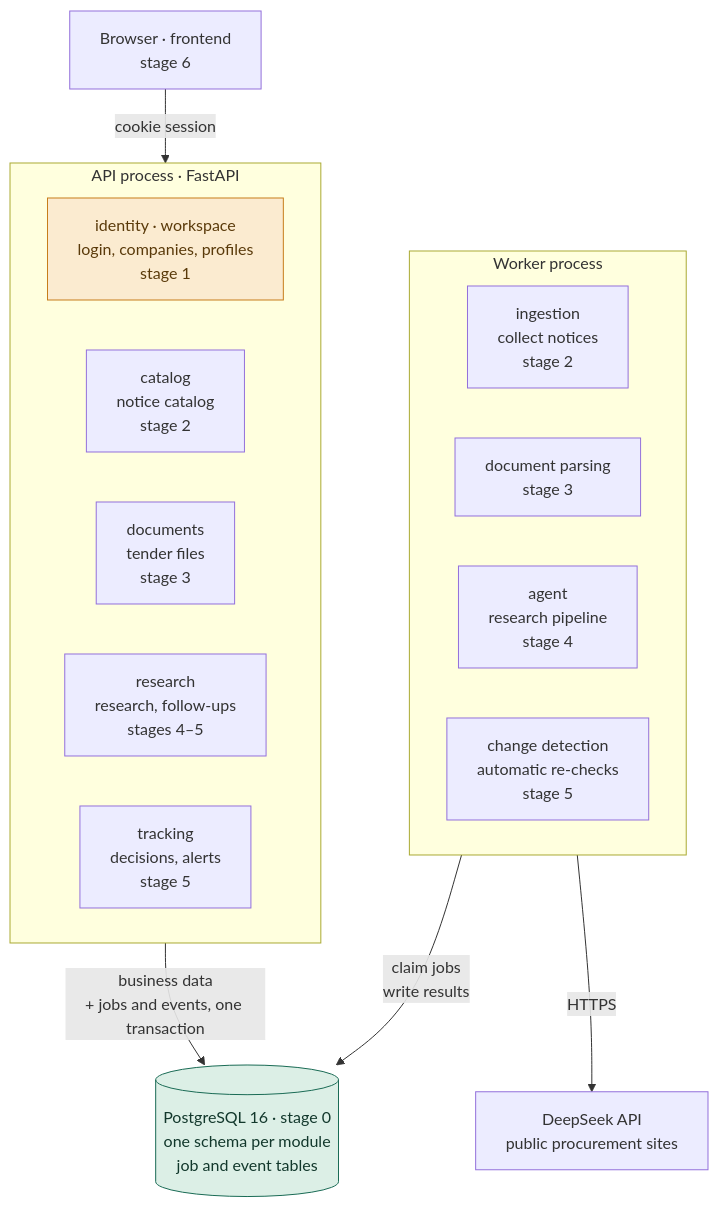
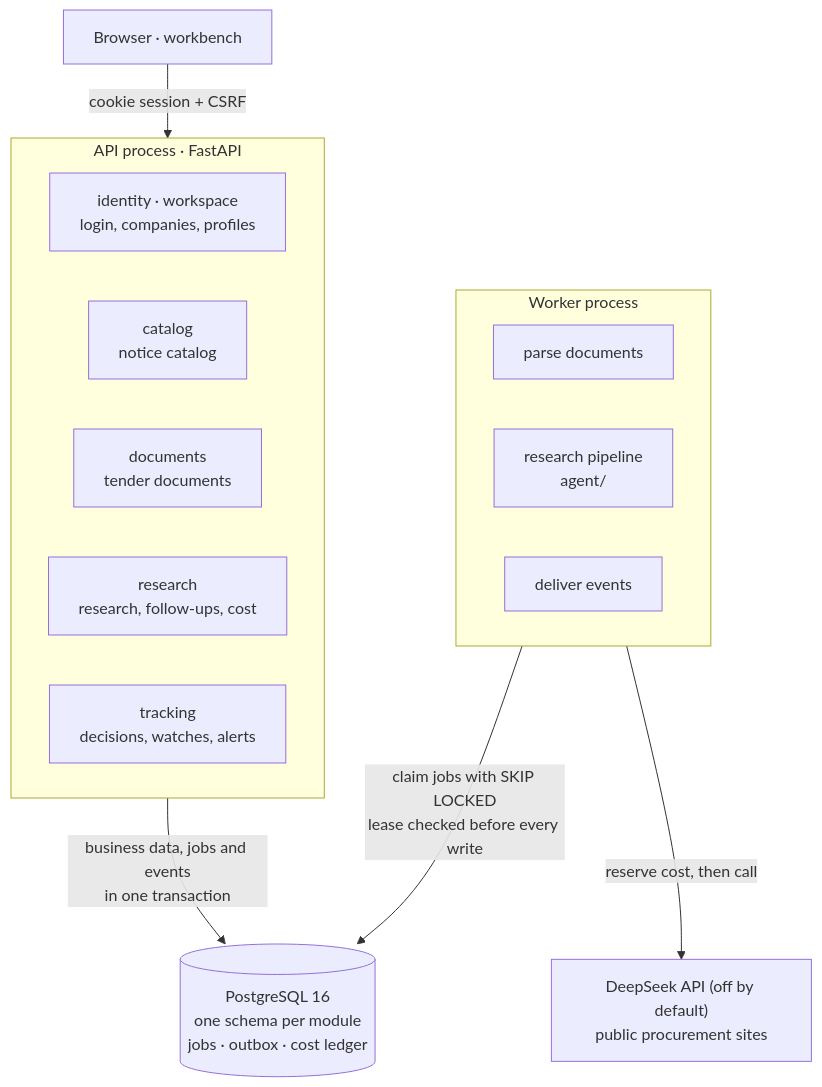
One commit to chasen2041maker/BidRadar changed the second of 2 diagrams in README.en.md. Above: the diagram before and after it, drawn with Mermaid. The commit also changed other lines of this file and 193 other files, not shown here.

First line of the commit message:
feat(v2): stage 6 front end on the new API, remove the old code, rewrite docs

````diff
--- a/README.en.md
+++ b/README.en.md
@@ -54,27 +106,24 @@
 ```mermaid
 flowchart TB
-    web["Browser · frontend<br/>stage 6"]
-    subgraph API["API process · FastAPI"]
-        m1["identity · workspace<br/>login, companies, profiles<br/>stage 1"]
-        m2["catalog<br/>notice catalog<br/>stage 2"]
-        m3["documents<br/>tender files<br/>stage 3"]
-        m4["research<br/>research, follow-ups<br/>stages 4–5"]
-        m5["tracking<br/>decisions, alerts<br/>stage 5"]
+    browser["Browser · workbench"]
+    subgraph api["API process · FastAPI"]
+        direction LR
+        m1["identity · workspace<br/>login, companies, profiles"]
+        m2["catalog<br/>notice catalog"]
+        m3["documents<br/>tender documents"]
+        m4["research<br/>research, follow-ups, cost"]
+        m5["tracking<br/>decisions, watches, alerts"]
     end
-    subgraph Worker["Worker process"]
-        w1["ingestion<br/>collect notices<br/>stage 2"]
-        w2["document parsing<br/>stage 3"]
-        w3["agent<br/>research pipeline<br/>stage 4"]
-        w4["change detection<br/>automatic re-checks<br/>stage 5"]
+    subgraph worker["Worker process"]
+        direction LR
+        w1["parse documents"]
+        w2["research pipeline<br/>agent/"]
+        w3["deliver events"]
     end
-    db[("PostgreSQL 16 · stage 0<br/>one schema per module<br/>job and event tables")]
-    ext["DeepSeek API<br/>public procurement sites"]
-    web -- "cookie session" --> API
-    API -- "business data<br/>+ jobs and events, one transaction" --> db
-    Worker -- "claim jobs<br/>write results" --> db
-    Worker -- "HTTPS" --> ext
-    classDef done fill:#DCEFE6,stroke:#1A6B55,color:#12382C
-    classDef next fill:#FBEBD0,stroke:#C77D1A,color:#5A3A0A
-    class db done
-    class m1 next
+    db[("PostgreSQL 16<br/>one schema per module<br/>jobs · outbox · cost ledger")]
+    ext["DeepSeek API (off by default)<br/>public procurement sites"]
+    browser -- "cookie session + CSRF" --> api
+    api -- "business data, jobs and events<br/>in one transaction" --> db
+    worker -- "claim jobs with SKIP LOCKED<br/>lease checked before every write" --> db
+    worker -- "reserve cost, then call" --> ext
 ```
````
